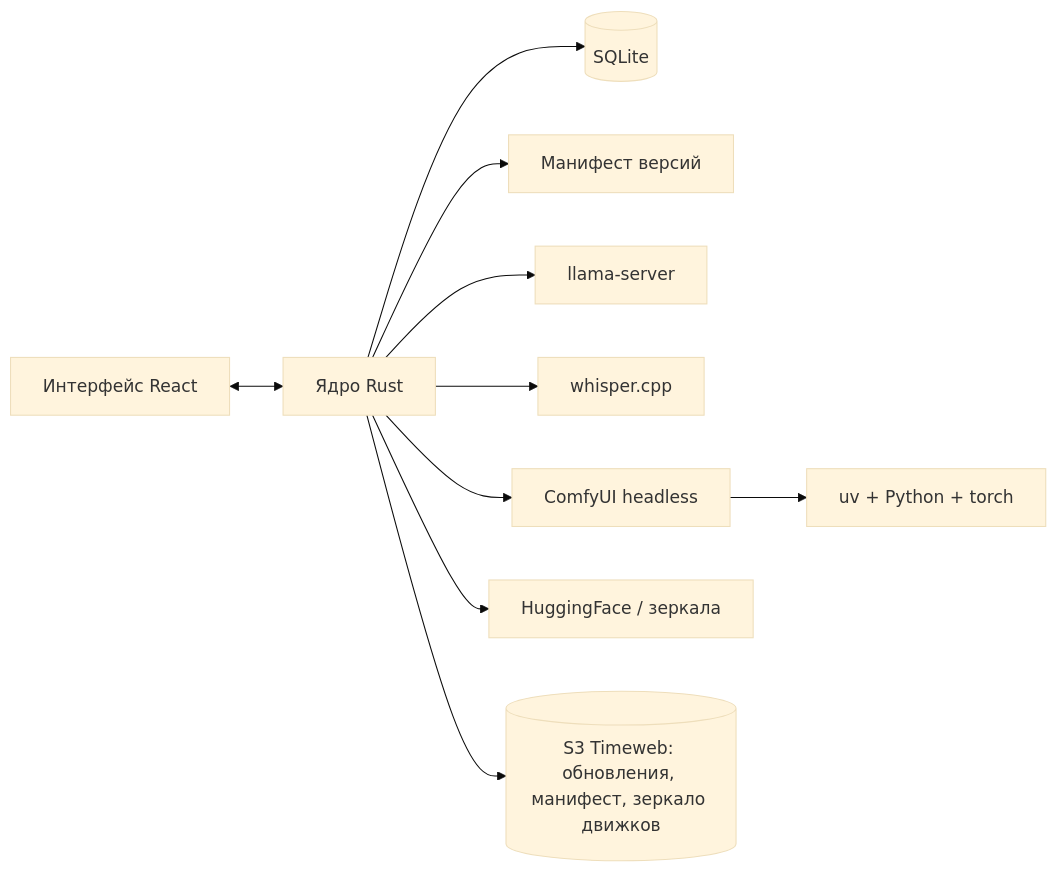
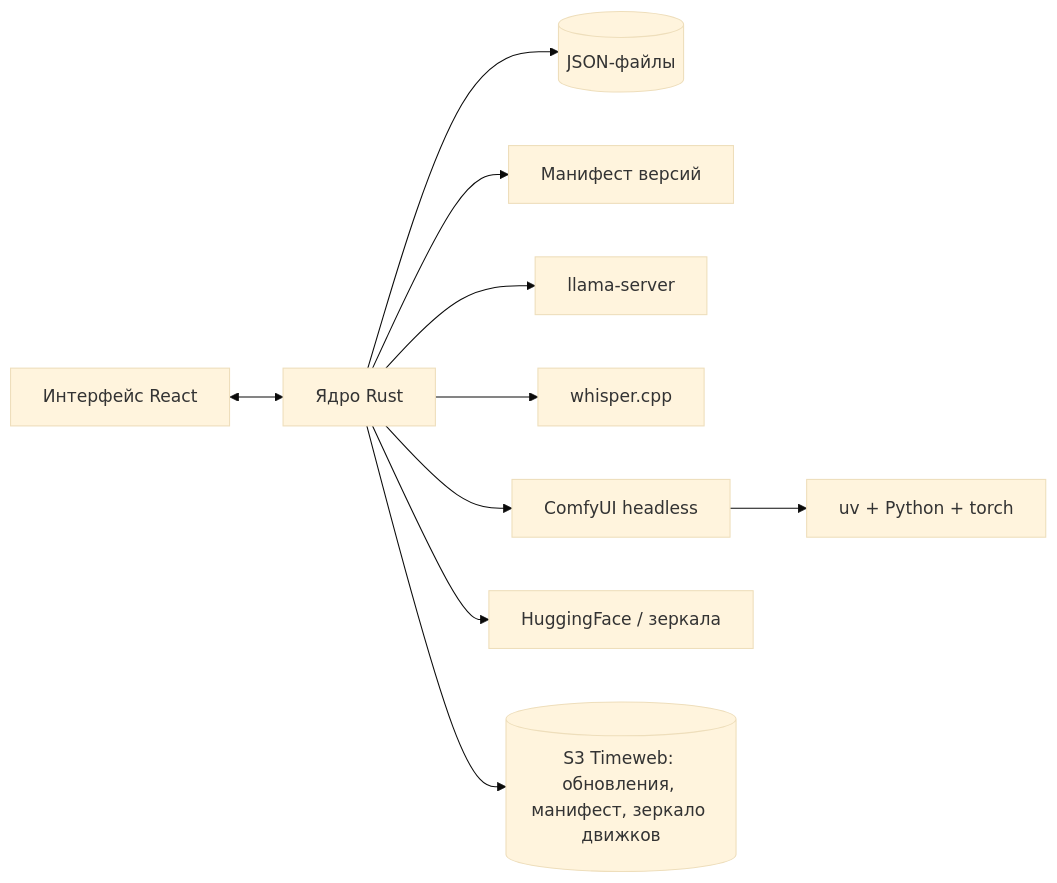
One commit to WufCorp/Ollivo changed the diagram in docs/plan.md. Above: the diagram before and after it, drawn with Mermaid (base theme). The commit also changed other lines of this file and 8 other files, not shown here.

````diff
--- a/docs/plan.md
+++ b/docs/plan.md
@@ -28,12 +28,12 @@
 ```mermaid
 flowchart LR
   UI[Интерфейс React] <--> Core[Ядро Rust]
-  Core --> DB[(SQLite)]
+  Core --> DB[(JSON-файлы)]
   Core --> M[Манифест версий]
   Core --> L[llama-server]
   Core --> W[whisper.cpp]
   Core --> C[ComfyUI headless]
   C --> Py[uv + Python + torch]
   Core --> HF[HuggingFace / зеркала]
   Core --> S3[(S3 Timeweb: обновления, манифест, зеркало движков)]
 ```
````
